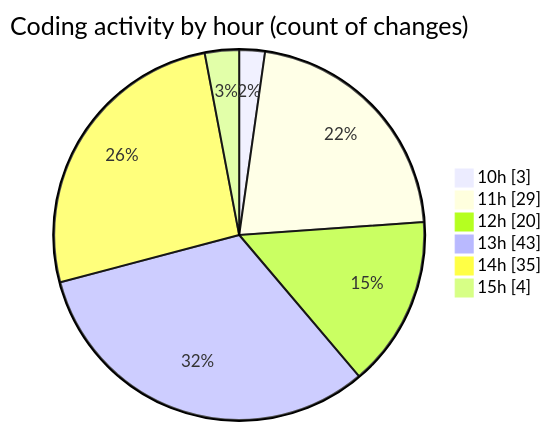
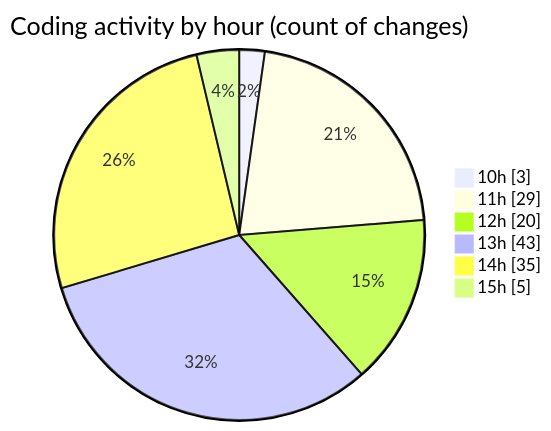
One commit to EIIisD/code-tracking changed the second of 2 diagrams in 2025-08-14/ribbon/README.md. Above: the diagram before and after it, drawn with Mermaid. The commit also changed other lines of this file and 1 other file, not shown here.

````diff
--- a/2025-08-14/ribbon/README.md
+++ b/2025-08-14/ribbon/README.md
@@ -40,10 +40,10 @@
 ```mermaid
 pie showData
 title Coding activity by hour (count of changes)
 "10h" : 3
 "11h" : 29
 "12h" : 20
 "13h" : 43
 "14h" : 35
-"15h" : 4
+"15h" : 5
 ```
````
